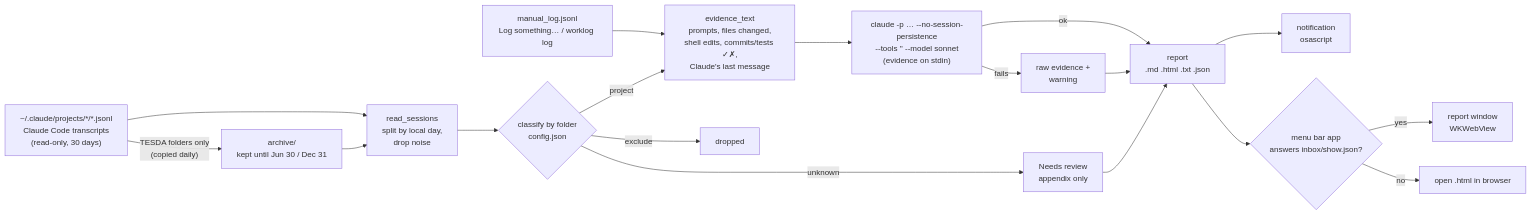
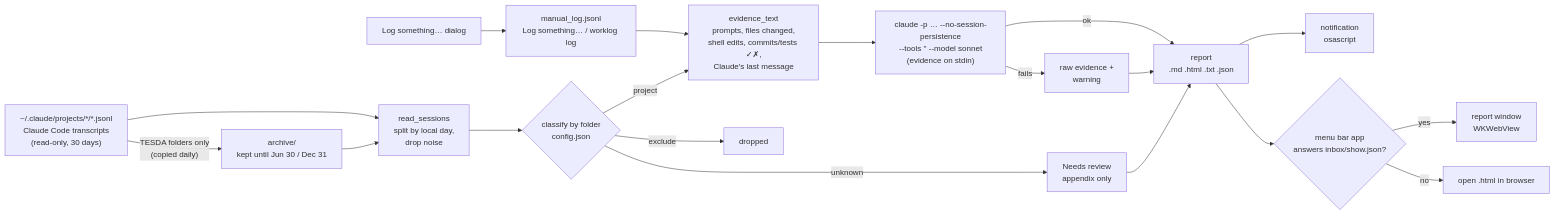
One commit to jewlmils/tesda-worklog changed the first of 2 diagrams in docs/ARCHITECTURE.md. Above: the diagram before and after it, drawn with Mermaid. The commit also changed other lines of this file and 2 other files, not shown here.

First line of the commit message:
Docs: refresh README/architecture/roadmap; install from a git clone

````diff
--- a/docs/ARCHITECTURE.md
+++ b/docs/ARCHITECTURE.md
@@ -11,19 +11,20 @@
 ```mermaid
 flowchart LR
     T["~/.claude/projects/*/*.jsonl<br/>Claude Code transcripts<br/>(read-only, 30 days)"] --> R[read_sessions<br/>split by local day,<br/>drop noise]
     T -- "TESDA folders only<br/>(copied daily)" --> AR["archive/<br/>kept until Jun 30 / Dec 31"]
     AR --> R
     M["manual_log.jsonl<br/>Log something… / worklog log"] --> E
     R --> F{classify by folder<br/>config.json}
     F -- project --> E[evidence_text<br/>prompts, files changed,<br/>shell edits, commits/tests ✓✗,<br/>Claude's last message]
     F -- exclude --> X[dropped]
     F -- unknown --> NR[Needs review<br/>appendix only]
     E --> C["claude -p … --no-session-persistence<br/>--tools '' --model sonnet<br/>(evidence on stdin)"]
     C -- ok --> W[report<br/>.md .html .txt .json]
     C -- fails --> RAW[raw evidence +<br/>warning] --> W
     NR --> W
     W --> N[notification<br/>osascript]
     W --> S{menu bar app<br/>answers inbox/show.json?}
     S -- yes --> WIN[report window<br/>WKWebView]
+    M2["Log something… dialog"] --> M
     S -- no --> BR[open .html in browser]
 ```
````
